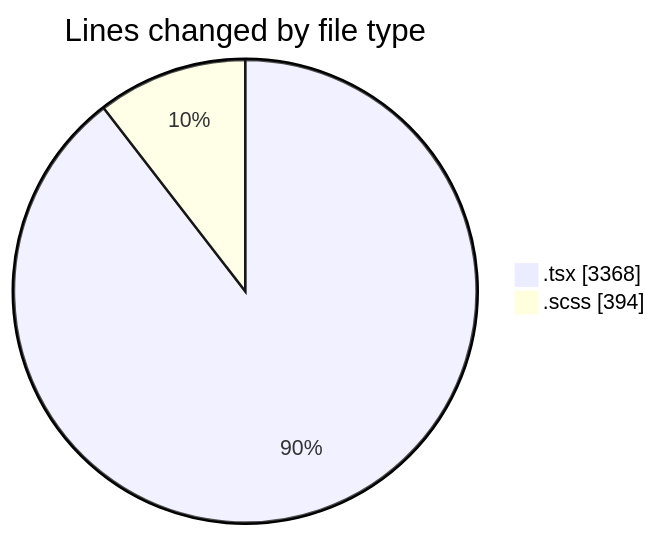
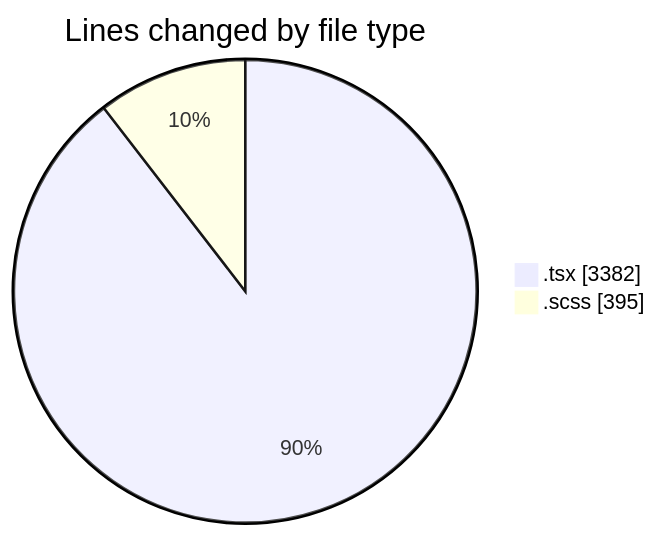
Before and after one commit to momahboobian/code-tracking: the first of 2 diagrams in 2025-09-30/cda/README.md, drawn with Mermaid. The commit also changed other lines of this file and 1 other file, not shown here.

````diff
--- a/2025-09-30/cda/README.md
+++ b/2025-09-30/cda/README.md
@@ -25,6 +25,6 @@
 ```mermaid
 pie showData
 title Lines changed by file type
-".tsx" : 3368
-".scss" : 394
+".tsx" : 3382
+".scss" : 395
 ```
````
